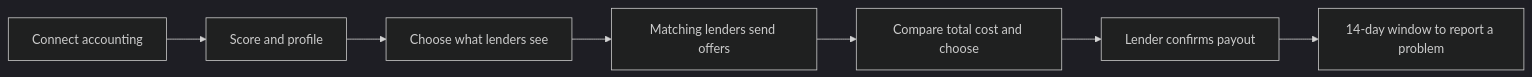
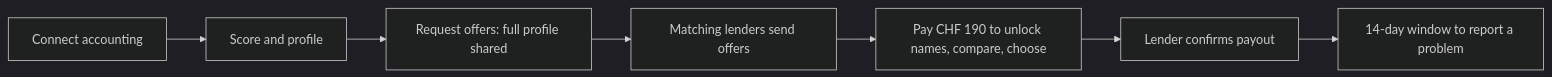
Before and after one commit to VanvikTOR03/credsort: the first of 2 diagrams in README.md, drawn with Mermaid (dark theme). The commit also changed other lines of this file and 70 other files, not shown here.

First line of the commit message:
feat: full disclosure, CHF 190 unlock payment, navy redesign, new sign-in and onboarding, AI assistant

````diff
--- a/README.md
+++ b/README.md
@@ -31,9 +31,9 @@
 ```mermaid
 flowchart LR
   A[Connect accounting] --> B[Score and profile]
-  B --> C[Choose what lenders see]
+  B --> C[Request offers: full profile shared]
   C --> D[Matching lenders send offers]
-  D --> E[Compare total cost and choose]
+  D --> E[Pay CHF 190 to unlock names, compare, choose]
   E --> F[Lender confirms payout]
   F --> G[14-day window to report a problem]
 ```
````
